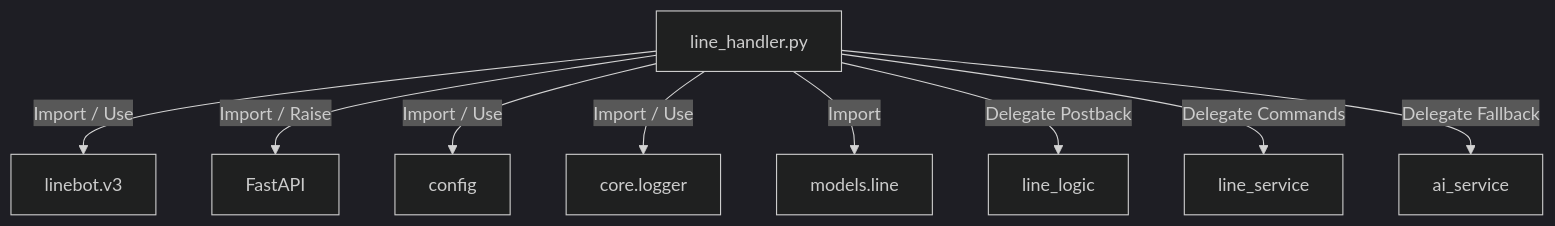
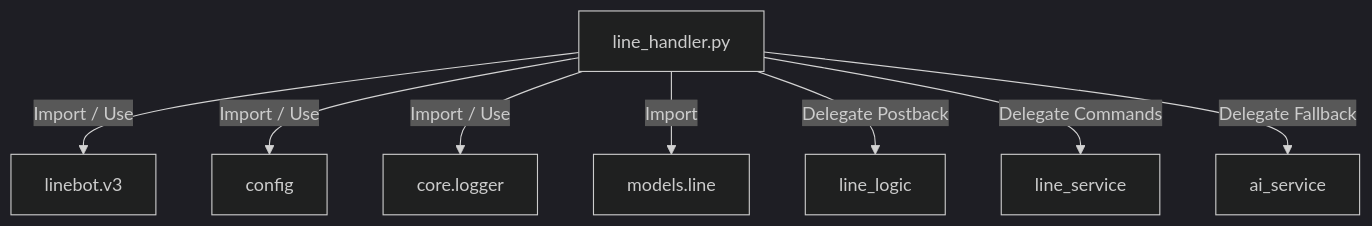
The second of 2 diagrams in docs/specifications/MY_HOME_SYSTEM/line_handler.md (mmtigers/my_python_project), drawn with Mermaid (dark theme) before and after one commit. The commit also changed other lines of this file and 47 other files, not shown here.

````diff
--- a/docs/specifications/MY_HOME_SYSTEM/line_handler.md
+++ b/docs/specifications/MY_HOME_SYSTEM/line_handler.md
@@ -257,27 +218,25 @@
 ```mermaid
 graph TD
     %% 内部モジュール
     LineHandler[line_handler.py]
     LineLogic[line_logic]
     LineService[line_service]
     AiService[ai_service]
     Config[config]
     CoreLogger[core.logger]
     ModelsLine[models.line]
     
     %% 外部ライブラリ
-    FastAPI[FastAPI]
     LineBotV3[linebot.v3]
     
     %% 依存関係
     LineHandler -->|Import / Use| LineBotV3
-    LineHandler -->|Import / Raise| FastAPI
     LineHandler -->|Import / Use| Config
     LineHandler -->|Import / Use| CoreLogger
     LineHandler -->|Import| ModelsLine
     
     LineHandler -->|Delegate Postback| LineLogic
     LineHandler -->|Delegate Commands| LineService
     LineHandler -->|Delegate Fallback| AiService
 
 ```
````
